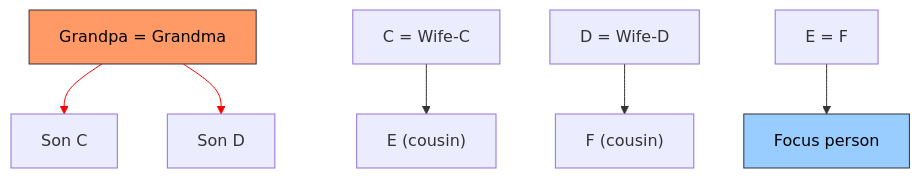
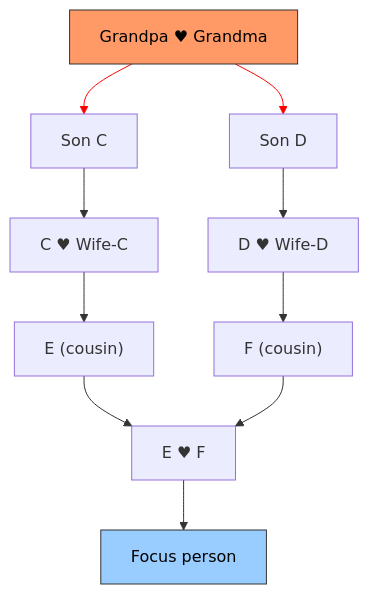
The fourth of 13 diagrams in lib/ancestry/people/CLAUDE.md (san650/ancestry), drawn with Mermaid before and after one commit. The commit also changed other lines of this file, not shown here.

Commit message:
Improve the graphs

````diff
--- a/lib/ancestry/people/CLAUDE.md
+++ b/lib/ancestry/people/CLAUDE.md
@@ -104,18 +107,19 @@
 ```mermaid
-graph TD
-    AB["Grandpa = Grandma"]
+flowchart TD
+    AB["Grandpa ♥ Grandma"]
     AB --> C["Son C"]
     AB --> D["Son D"]
-    CW["C = Wife-C"]
-    DH["D = Wife-D"]
+    C --> CW["C ♥ Wife-C"]
+    D --> DH["D ♥ Wife-D"]
     CW --> E["E (cousin)"]
     DH --> F["F (cousin)"]
-    EF["E = F"]
+    E --> EF["E ♥ F"]
+    F --> EF
     EF --> Focus["Focus person"]
 
     style AB fill:#f96,stroke:#333,color:#000
     style Focus fill:#9cf,stroke:#333,color:#000
 
     linkStyle 0 stroke:#f00
     linkStyle 1 stroke:#f00
 ```
````
